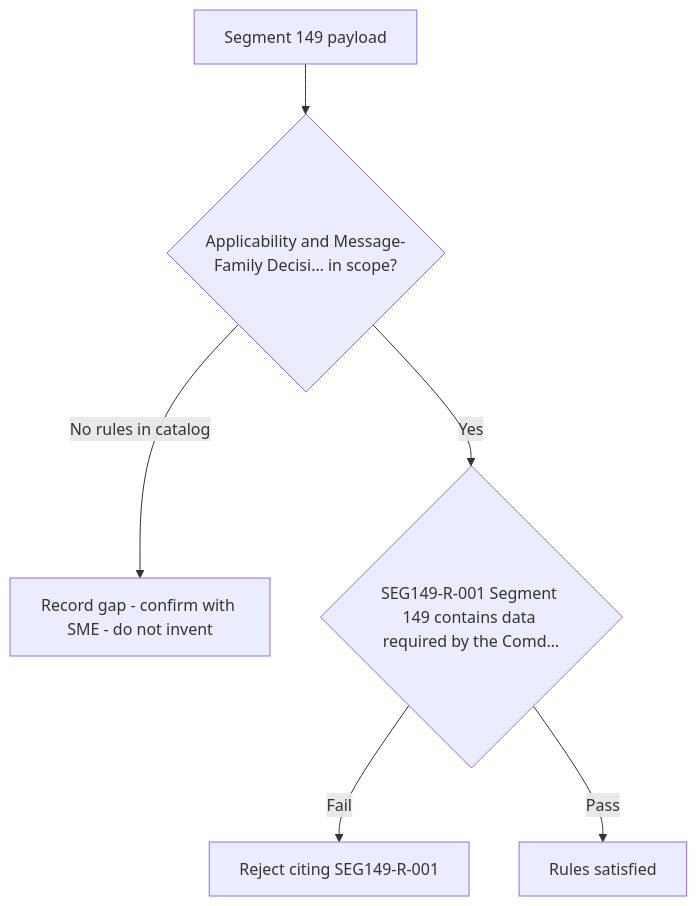
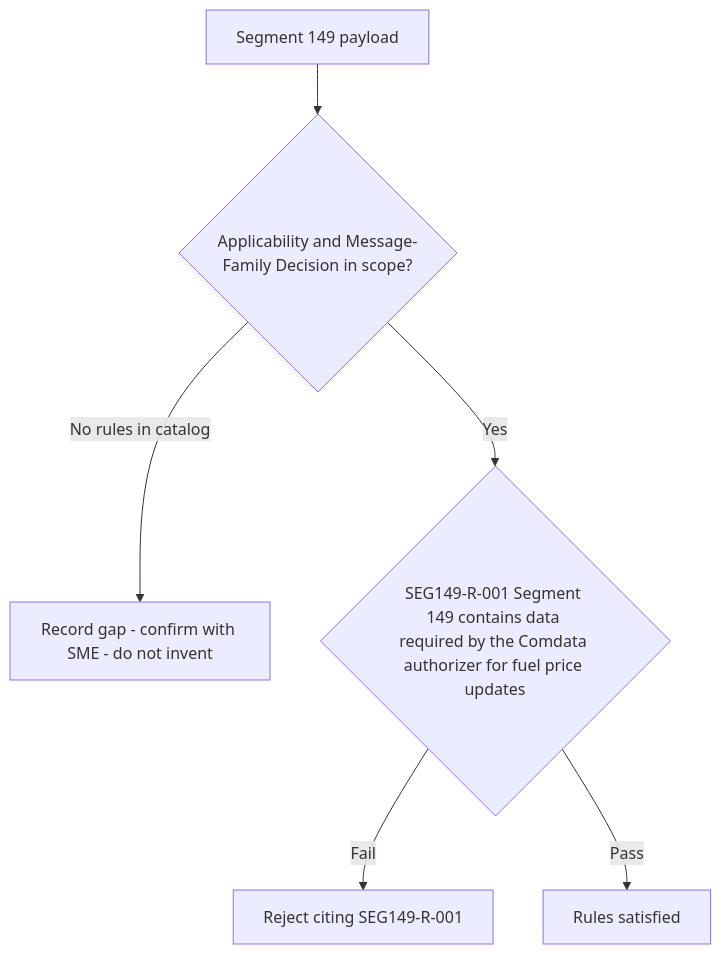
The diagram in regression-artifact-validator/specifications/ATL105/docs/specs/kb/segment-149/applicability-decision-flow.md (DhanSingh-hub/core-auth-ai-validation-framework), drawn with Mermaid before and after one commit. The commit also changed 150 other files, not shown here.

````diff
--- a/regression-artifact-validator/specifications/ATL105/docs/specs/kb/segment-149/applicability-decision-flow.md
+++ b/regression-artifact-validator/specifications/ATL105/docs/specs/kb/segment-149/applicability-decision-flow.md
@@ -3,8 +3,8 @@
 ```mermaid
 flowchart TD
-    A[Segment 149 payload] --> B{Applicability and Message-Family Decisi… in scope?}
+    A[Segment 149 payload] --> B{Applicability and Message-Family Decision in scope?}
     B -->|No rules in catalog| G[Record gap - confirm with SME - do not invent]
-    B -->|Yes| R1{SEG149-R-001 Segment 149 contains data required by the Comd…}
+    B -->|Yes| R1{SEG149-R-001 Segment 149 contains data required by the Comdata authorizer for fuel price updates}
     R1 -->|Fail| X1[Reject citing SEG149-R-001]
     R1 -->|Pass| Z[Rules satisfied]
 ```
````
